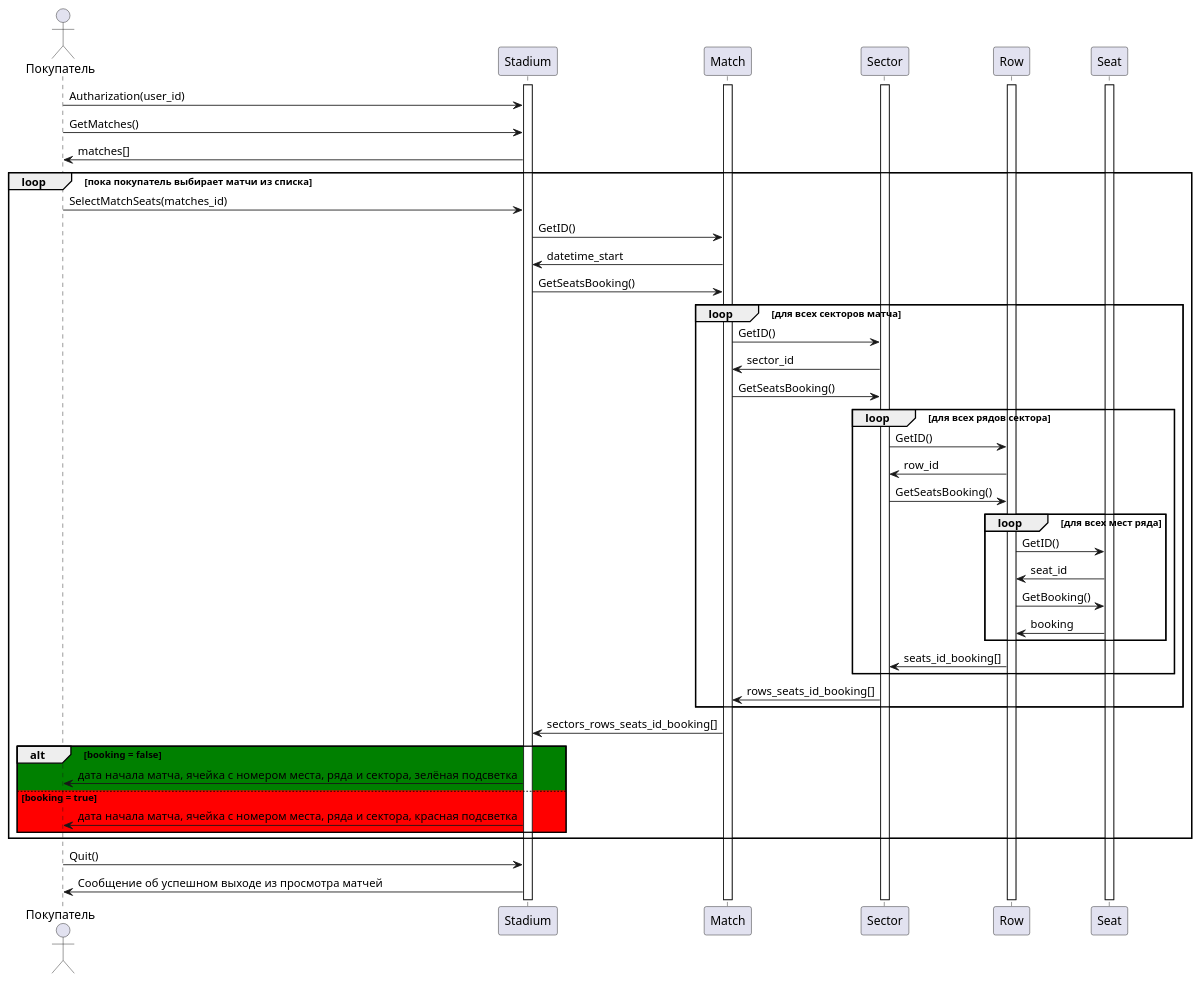
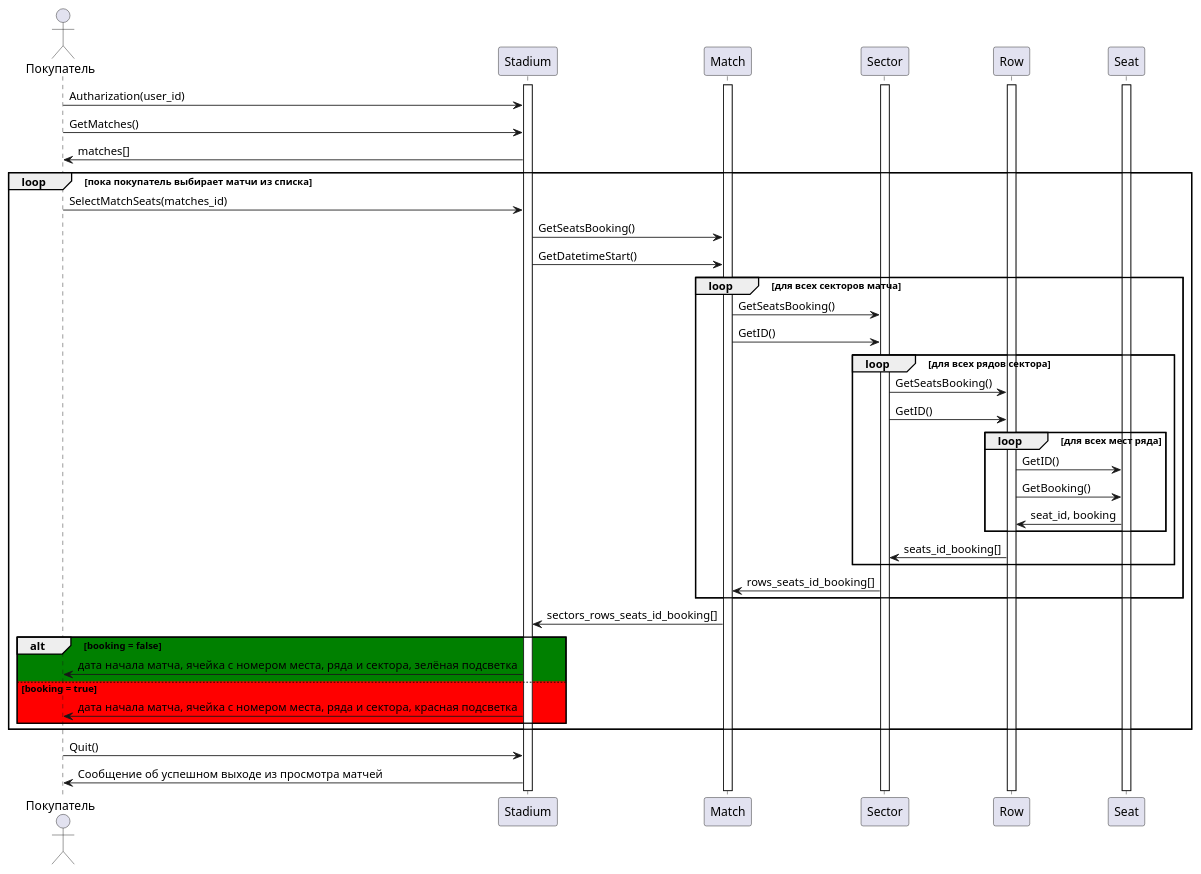
One commit to penamarth/bsbo-03-23_team4_var10_football changed the diagram in Прецеденты/Диаграмма просмотра свободных мест.md. Above: the diagram before and after it, drawn with PlantUML. The commit also changed 4 other files, not shown here.

Commit message:
Попытка реализации просмотра свободных мест (правка кода и диаграмм) + правка комментариев в коде

````diff
--- a/Прецеденты/Диаграмма просмотра свободных мест.md
+++ b/Прецеденты/Диаграмма просмотра свободных мест.md
@@ -1,69 +1,65 @@
 ```plantuml
 @startuml
 actor Покупатель
 
 activate Stadium
 activate Match
 activate Sector
 activate Row
 activate Seat
 
 Покупатель -> Stadium : Autharization(user_id)
 
 Покупатель -> Stadium : GetMatches()
 Покупатель <- Stadium : matches[]
 
 
 loop пока покупатель выбирает матчи из списка
 
 Покупатель -> Stadium : SelectMatchSeats(matches_id)
-Stadium -> Match : GetID()
-Stadium <- Match : datetime_start
 Stadium -> Match : GetSeatsBooking()
+Stadium -> Match : GetDatetimeStart()
 
 
 loop для всех секторов матча
 
+Match -> Sector : GetSeatsBooking()
 Match -> Sector : GetID()
-Match <- Sector : sector_id
-Match -> Sector : GetSeatsBooking()
 
 loop для всех рядов сектора
 
+Sector -> Row: GetSeatsBooking()
 Sector -> Row : GetID()
-Sector <- Row : row_id
-Sector -> Row: GetSeatsBooking()
 
 loop для всех мест ряда
 
 Row -> Seat : GetID()
-Row <- Seat : seat_id
 Row -> Seat : GetBooking()
-Row <- Seat : booking
+Row <- Seat : seat_id, booking
 
 end
 
 Sector <- Row : seats_id_booking[]
 
 end
 
 Match <- Sector : rows_seats_id_booking[]
 
 end
 
 Stadium <- Match : sectors_rows_seats_id_booking[]
 
 alt #green booking = false
   Покупатель <- Stadium : дата начала матча, ячейка с номером места, ряда и сектора, зелёная подсветка
 else #red booking = true
   Покупатель <- Stadium : дата начала матча, ячейка с номером места, ряда и сектора, красная подсветка
 end
 
 end
 
 
 Покупатель -> Stadium : Quit()
 Покупатель <- Stadium : Сообщение об успешном выходе из просмотра матчей
 
 @enduml
 ```
````
